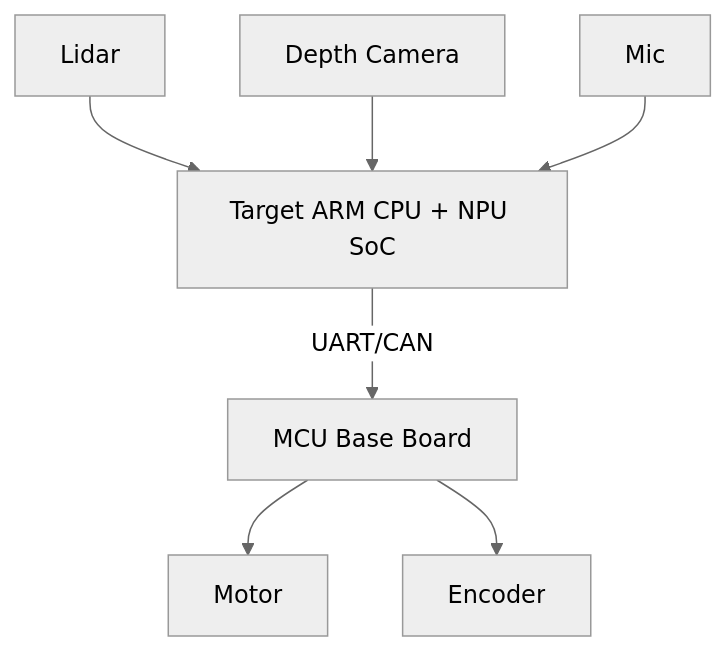
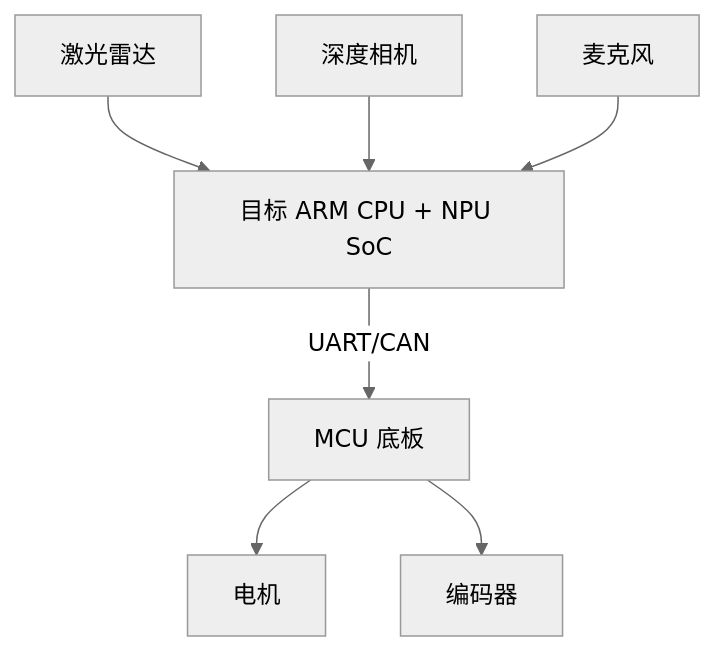
Before and after one commit to shimokagela-mk/cusor: the diagram in robot-knowledge-base/01-system-architecture/migration-whitepaper-outline.md, drawn with Mermaid (neutral theme). The commit also changed other lines of this file and 14 other files, not shown here.

````diff
--- a/robot-knowledge-base/01-system-architecture/migration-whitepaper-outline.md
+++ b/robot-knowledge-base/01-system-architecture/migration-whitepaper-outline.md
@@ -30,9 +28,9 @@
 ```mermaid
 flowchart TD
-    soc["Target ARM CPU + NPU SoC"] -->|"UART/CAN"| mcu["MCU Base Board"]
-    mcu --> motor["Motor"]
-    mcu --> encoder["Encoder"]
-    lidar["Lidar"] --> soc
-    depthCamera["Depth Camera"] --> soc
-    mic["Mic"] --> soc
+    soc["目标 ARM CPU + NPU SoC"] -->|"UART/CAN"| mcu["MCU 底板"]
+    mcu --> motor["电机"]
+    mcu --> encoder["编码器"]
+    lidar["激光雷达"] --> soc
+    depthCamera["深度相机"] --> soc
+    mic["麦克风"] --> soc
 ```
````
